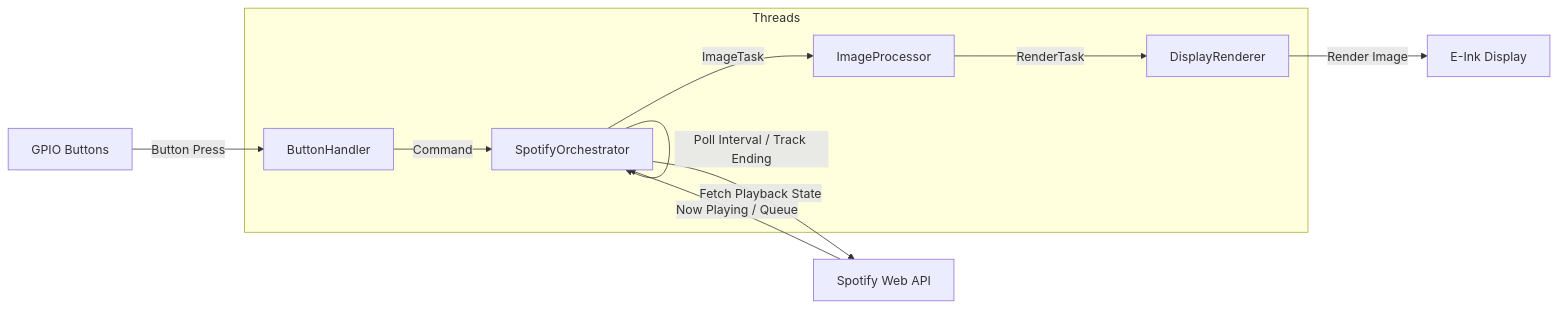
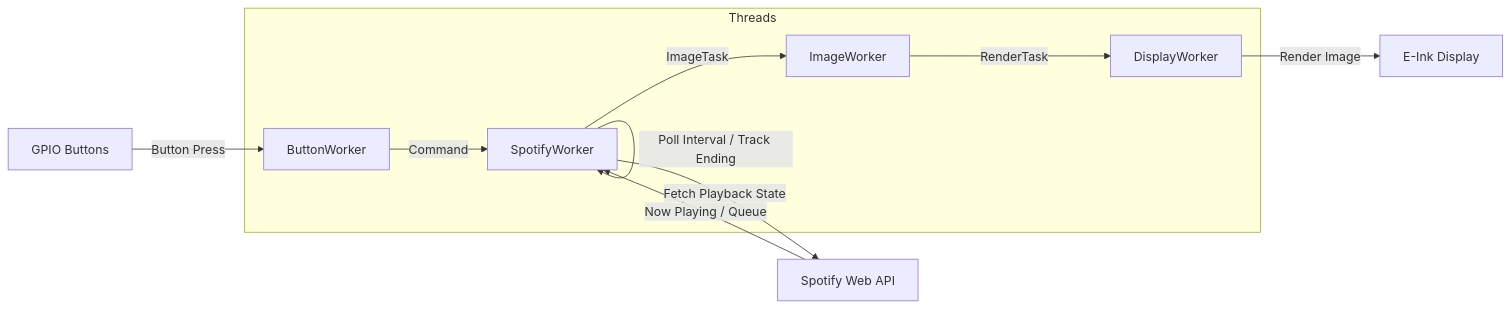
Before and after one commit to coombeben/eink-ui: the diagram in README.md, drawn with Mermaid. The commit also changed 6 other files, not shown here.

````diff
--- a/README.md
+++ b/README.md
@@ -37,33 +37,33 @@
 ```mermaid
 flowchart LR
     %% External systems
     GPIO[GPIO Buttons]
     SpotifyAPI[Spotify Web API]
     EInk[E-Ink Display]
 
     %% Threaded components
     subgraph Threads
-        ButtonHandler[ButtonHandler]
-        Orchestrator[SpotifyOrchestrator]
-        ImageProcessor[ImageProcessor]
-        DisplayRenderer[DisplayRenderer]
+        ButtonWorker[ButtonWorker]
+        Orchestrator[SpotifyWorker]
+        ImageWorker[ImageWorker]
+        DisplayWorker[DisplayWorker]
     end
 
     %% Button input
-    GPIO -->|Button Press| ButtonHandler
-    ButtonHandler -->|Command| Orchestrator
+    GPIO -->|Button Press| ButtonWorker
+    ButtonWorker -->|Command| Orchestrator
 
     %% Orchestrator triggers
     Orchestrator -->|Poll Interval / Track Ending| Orchestrator
 
     %% Spotify interaction
     Orchestrator -->|Fetch Playback State| SpotifyAPI
     SpotifyAPI -->|Now Playing / Queue| Orchestrator
 
     %% Processing pipeline
-    Orchestrator -->|ImageTask| ImageProcessor
-    ImageProcessor -->|RenderTask| DisplayRenderer
+    Orchestrator -->|ImageTask| ImageWorker
+    ImageWorker -->|RenderTask| DisplayWorker
 
     %% Display output
-    DisplayRenderer -->|Render Image| EInk
+    DisplayWorker -->|Render Image| EInk
 ```
````
